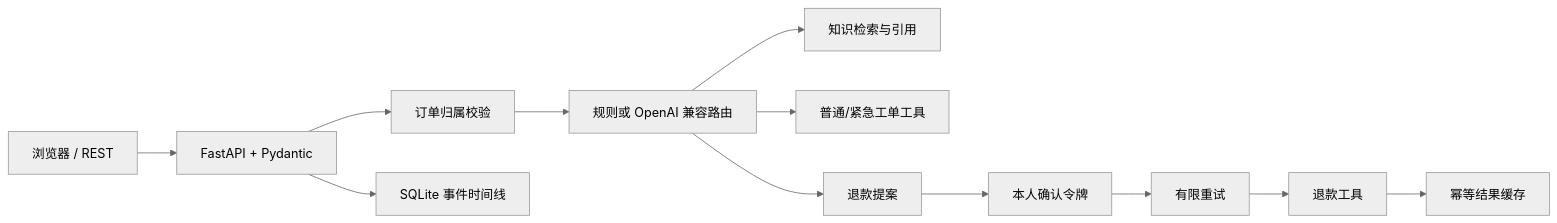
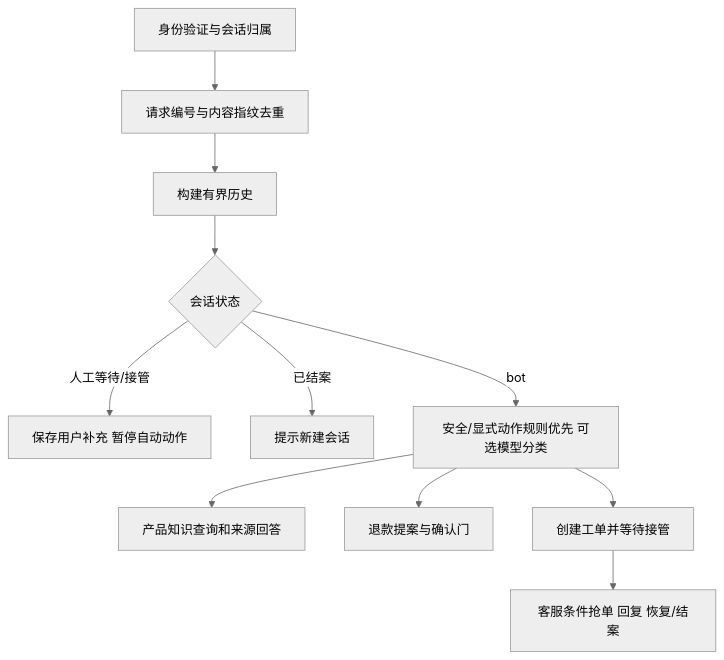
One commit to shmoon250216-sys/service-flow-support-agent changed the diagram in docs/ARCHITECTURE.md. Above: the diagram before and after it, drawn with Mermaid (neutral theme). The commit also changed other lines of this file and 25 other files, not shown here.

````diff
--- a/docs/ARCHITECTURE.md
+++ b/docs/ARCHITECTURE.md
@@ -5,14 +5,13 @@
 ```mermaid
-flowchart LR
-  UI[浏览器 / REST] --> API[FastAPI + Pydantic]
-  API --> OWN[订单归属校验]
-  OWN --> ROUTE[规则或 OpenAI 兼容路由]
-  ROUTE --> KB[知识检索与引用]
-  ROUTE --> HUMAN[普通/紧急工单工具]
-  ROUTE --> PROPOSE[退款提案]
-  PROPOSE --> CONFIRM[本人确认令牌]
-  CONFIRM --> RETRY[有限重试]
-  RETRY --> TOOL[退款工具]
-  TOOL --> EFFECT[幂等结果缓存]
-  API --> EVENT[SQLite 事件时间线]
+flowchart TD
+ A[身份验证与会话归属] --> B[请求编号与内容指纹去重]
+ B --> C[构建有界历史]
+ C --> D{会话状态}
+ D -->|人工等待/接管| E[保存用户补充 暂停自动动作]
+ D -->|已结案| F[提示新建会话]
+ D -->|bot| G[安全/显式动作规则优先 可选模型分类]
+ G --> H[产品知识查询和来源回答]
+ G --> I[退款提案与确认门]
+ G --> J[创建工单并等待接管]
+ J --> K[客服条件抢单 回复 恢复/结案]
 ```
````
